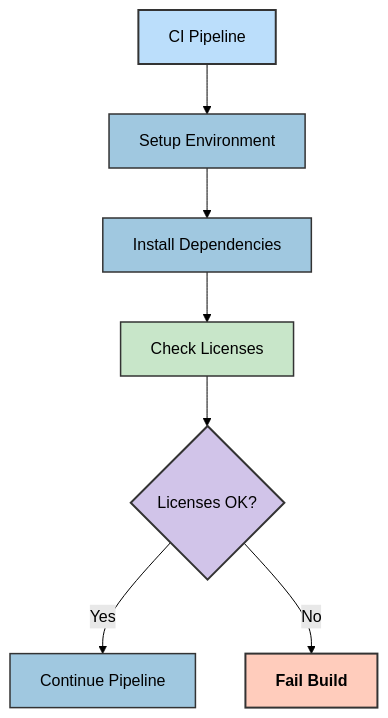
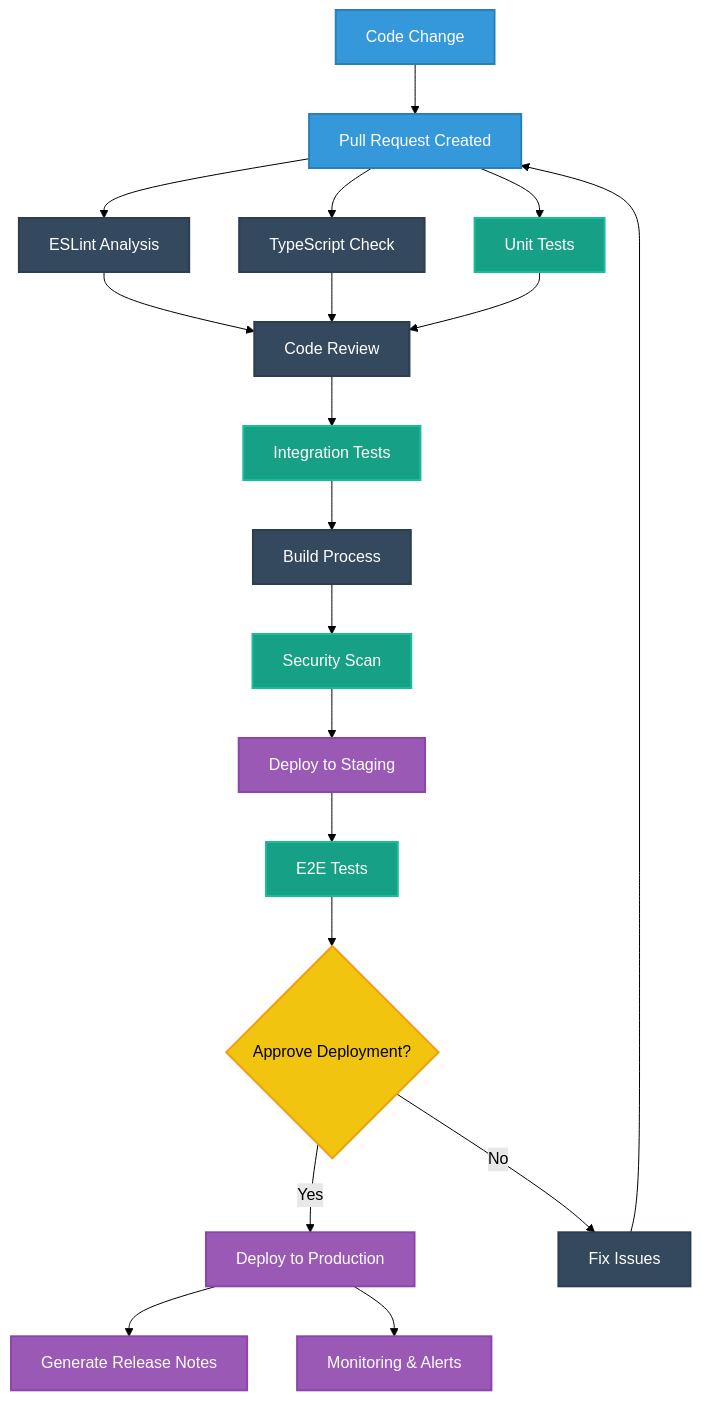
The fifth of 8 diagrams in docs/architecture/WORKFLOWS.md (Hack23/cia-compliance-manager), drawn with Mermaid (forest theme) before and after one commit. The commit also changed other lines of this file and 7 other files, not shown here.

Commit message:
Enhance documentation for CIA Compliance Manager CI/CD workflows, including detailed descriptions of processes, updated diagrams, and improved organization of sections for better clarity and usability.

````diff
--- a/docs/architecture/WORKFLOWS.md
+++ b/docs/architecture/WORKFLOWS.md
@@ -91,22 +293,33 @@
 ```mermaid
 flowchart TD
-    Start[CI Pipeline] --> Setup[Setup Environment]
-    Setup --> Install[Install Dependencies]
-    Install --> LicenseCheck[Check Licenses]
-    LicenseCheck --> Pass{Licenses OK?}
-    Pass -->|Yes| Continue[Continue Pipeline]
-    Pass -->|No| Fail[Fail Build]
-
-    %% Enhanced styling with better visual hierarchy
-    classDef startNode fill:#bbdefb,stroke:#333,stroke-width:2px,color:black
-    classDef processNode fill:#a0c8e0,stroke:#333,stroke-width:1.5px,color:black
-    classDef checkNode fill:#c8e6c9,stroke:#333,stroke-width:1.5px,color:black
-    classDef decisionNode fill:#d1c4e9,stroke:#333,stroke-width:2px,color:black
-    classDef failNode fill:#ffccbc,stroke:#333,stroke-width:2px,color:black,font-weight:bold
-
-    class Start startNode
-    class Setup,Install,Continue processNode
-    class LicenseCheck checkNode
-    class Pass decisionNode
-    class Fail failNode
+    CodeChange[Code Change] --> PR[Pull Request Created]
+    PR --> Lint[ESLint Analysis]
+    PR --> TypeCheck[TypeScript Check]
+    PR --> UnitTest[Unit Tests]
+    
+    Lint & TypeCheck & UnitTest --> CodeReview[Code Review]
+    CodeReview --> IntegrationTests[Integration Tests]
+    IntegrationTests --> Build[Build Process]
+    Build --> SecurityScan[Security Scan]
+    SecurityScan --> DeployStaging[Deploy to Staging]
+    DeployStaging --> E2ETests[E2E Tests]
+    E2ETests --> ApproveDeployment{Approve Deployment?}
+    ApproveDeployment -->|Yes| DeployProduction[Deploy to Production]
+    ApproveDeployment -->|No| FixIssues[Fix Issues]
+    FixIssues --> PR
+    
+    DeployProduction --> ReleaseNotes[Generate Release Notes]
+    DeployProduction --> MonitoringAlerts[Monitoring & Alerts]
+    
+    classDef start fill:#3498db,stroke:#2980b9,stroke-width:2px,color:white
+    classDef process fill:#34495e,stroke:#2c3e50,stroke-width:2px,color:white
+    classDef test fill:#16a085,stroke:#1abc9c,stroke-width:2px,color:white
+    classDef deploy fill:#9b59b6,stroke:#8e44ad,stroke-width:2px,color:white
+    classDef decision fill:#f1c40f,stroke:#f39c12,stroke-width:2px,color:black
+    
+    class CodeChange,PR start
+    class Lint,TypeCheck,CodeReview,Build,FixIssues process
+    class UnitTest,IntegrationTests,SecurityScan,E2ETests test
+    class DeployStaging,DeployProduction,ReleaseNotes,MonitoringAlerts deploy
+    class ApproveDeployment decision
 ```
````
